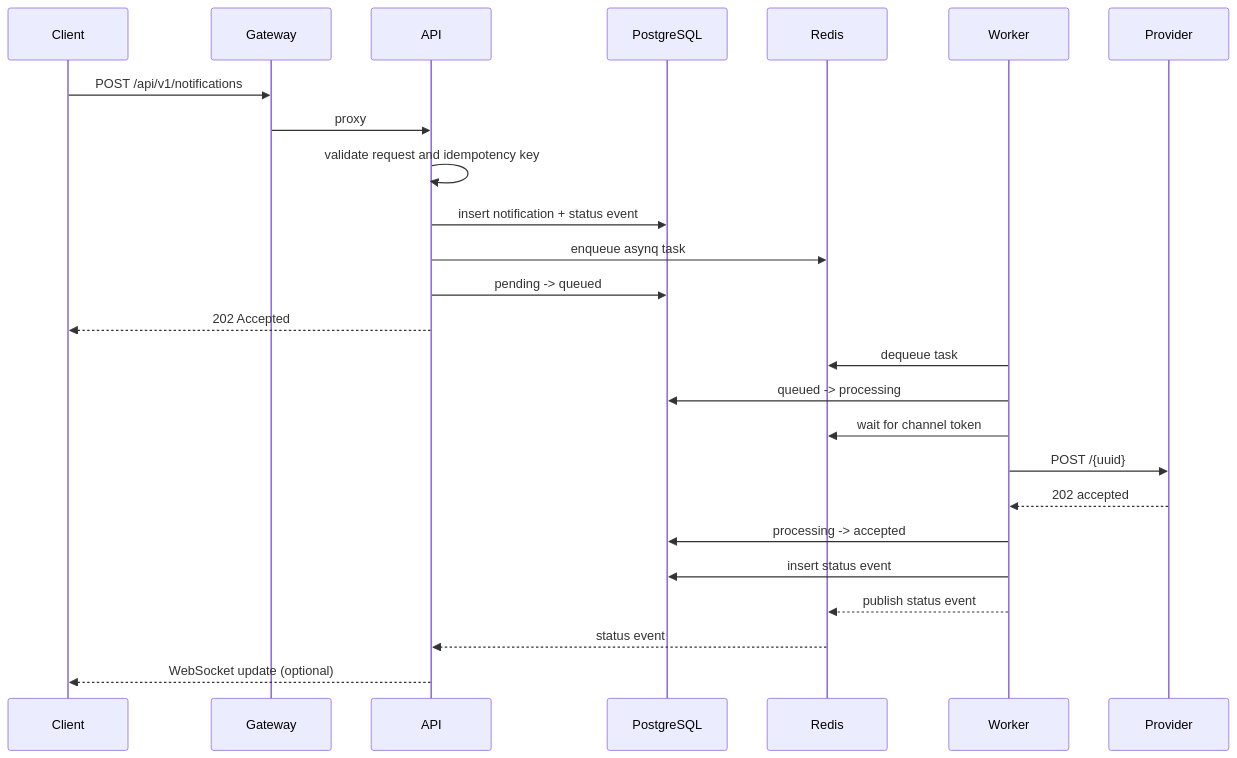
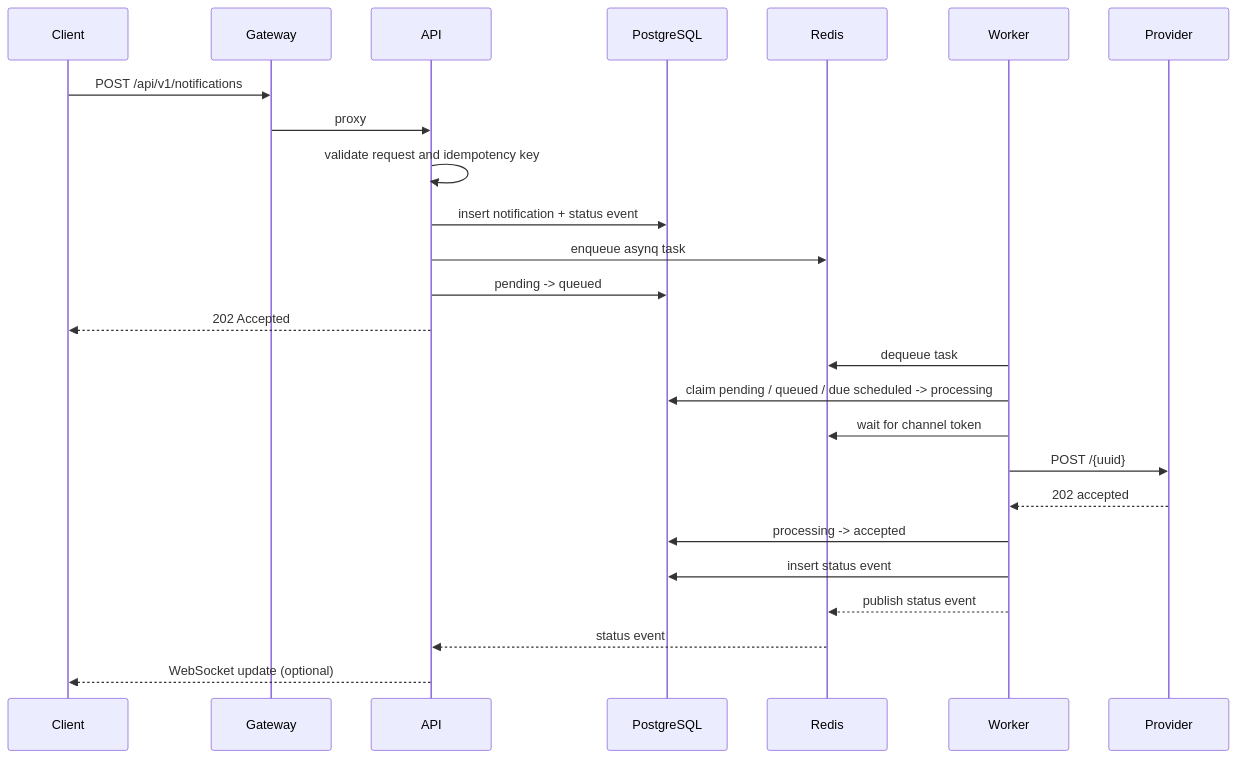
One commit to onatozmenn/insider-one-notification-system changed the second of 2 diagrams in docs/architecture.md. Above: the diagram before and after it, drawn with Mermaid. The commit also changed other lines of this file and 15 other files, not shown here.

````diff
--- a/docs/architecture.md
+++ b/docs/architecture.md
@@ -65,28 +65,28 @@
 ```mermaid
 sequenceDiagram
     participant C as Client
     participant G as Gateway
     participant A as API
     participant DB as PostgreSQL
     participant R as Redis
     participant W as Worker
     participant P as Provider
 
     C->>G: POST /api/v1/notifications
     G->>A: proxy
     A->>A: validate request and idempotency key
     A->>DB: insert notification + status event
     A->>R: enqueue asynq task
     A->>DB: pending -> queued
     A-->>C: 202 Accepted
     W->>R: dequeue task
-    W->>DB: queued -> processing
+    W->>DB: claim pending / queued / due scheduled -> processing
     W->>R: wait for channel token
     W->>P: POST /{uuid}
     P-->>W: 202 accepted
     W->>DB: processing -> accepted
     W->>DB: insert status event
     W-->>R: publish status event
     R-->>A: status event
     A-->>C: WebSocket update (optional)
 ```
````
